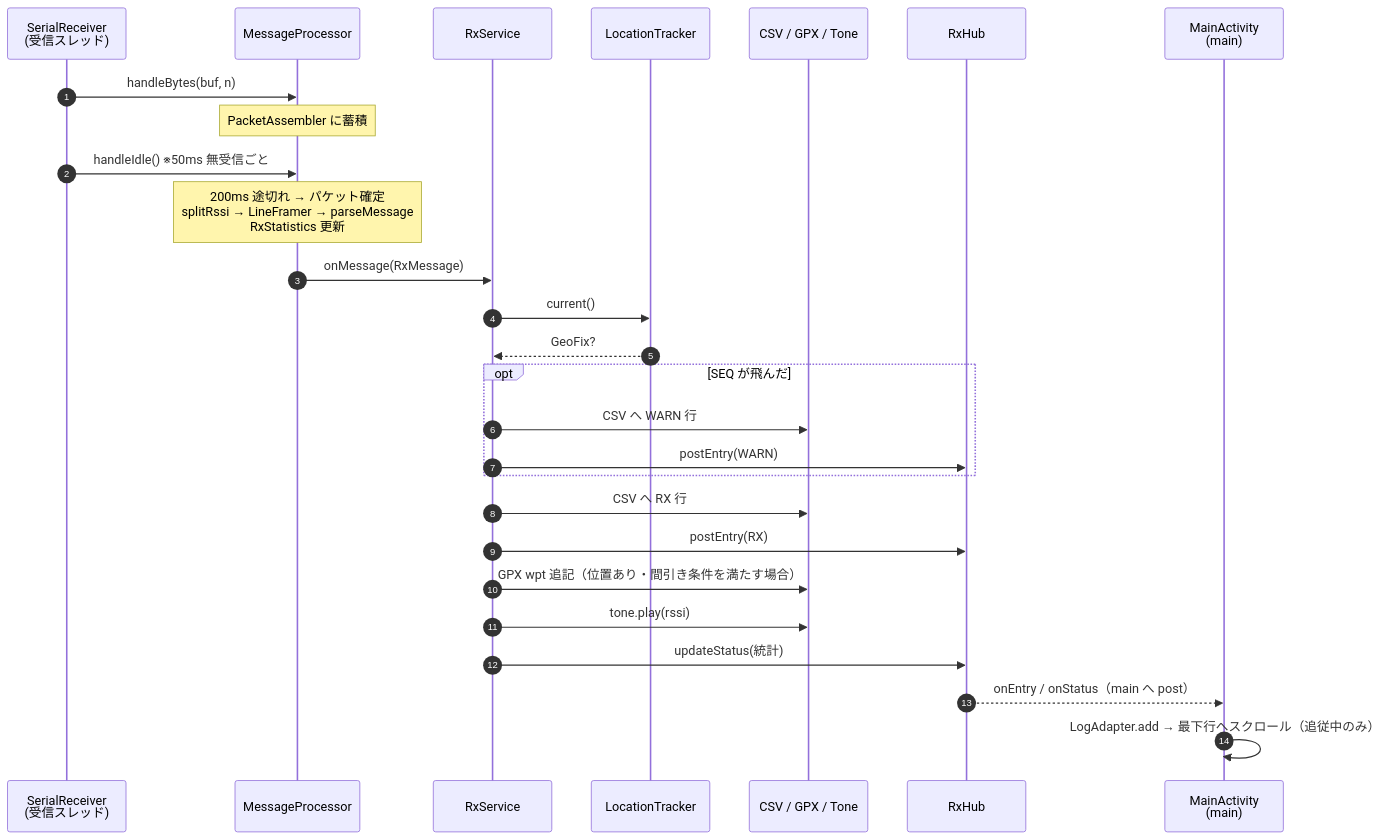
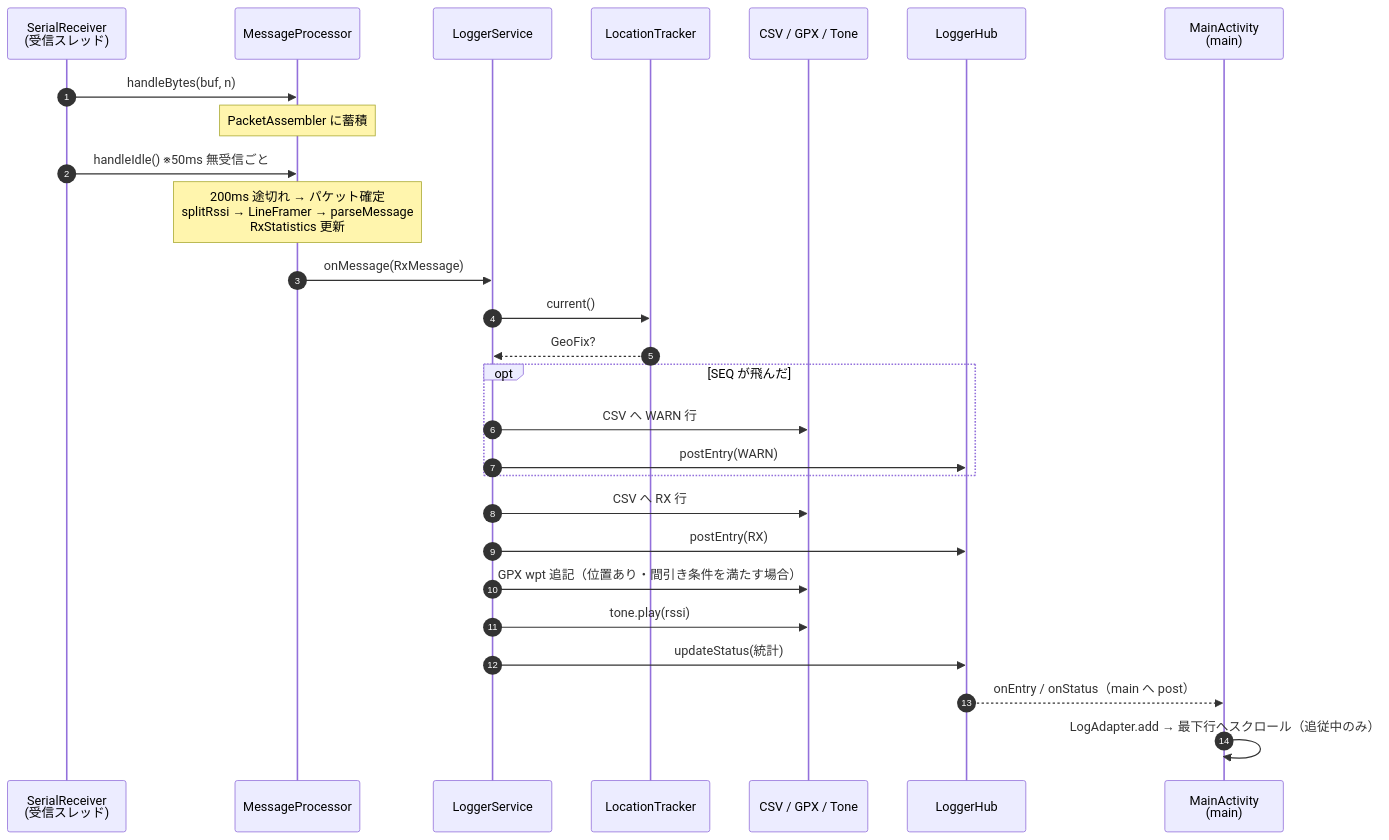
One commit to saikun/S220 changed the second of 3 diagrams in S220/docs/design.md. Above: the diagram before and after it, drawn with Mermaid. The commit also changed other lines of this file and 17 other files, not shown here.

````diff
--- a/S220/docs/design.md
+++ b/S220/docs/design.md
@@ -125,30 +125,30 @@
 ```mermaid
 sequenceDiagram
     autonumber
     participant SR as SerialReceiver<br/>(受信スレッド)
     participant MP as MessageProcessor
-    participant SV as RxService
+    participant SV as LoggerService
     participant LT as LocationTracker
     participant OUT as CSV / GPX / Tone
-    participant HUB as RxHub
+    participant HUB as LoggerHub
     participant UI as MainActivity<br/>(main)
 
     SR->>MP: handleBytes(buf, n)
     Note over MP: PacketAssembler に蓄積
     SR->>MP: handleIdle()  ※50ms 無受信ごと
     Note over MP: 200ms 途切れ → パケット確定<br/>splitRssi → LineFramer → parseMessage<br/>RxStatistics 更新
     MP->>SV: onMessage(RxMessage)
     SV->>LT: current()
     LT-->>SV: GeoFix?
     opt SEQ が飛んだ
         SV->>OUT: CSV へ WARN 行
         SV->>HUB: postEntry(WARN)
     end
     SV->>OUT: CSV へ RX 行
     SV->>HUB: postEntry(RX)
     SV->>OUT: GPX wpt 追記（位置あり・間引き条件を満たす場合）
     SV->>OUT: tone.play(rssi)
     SV->>HUB: updateStatus(統計)
     HUB-->>UI: onEntry / onStatus（main へ post）
     UI->>UI: LogAdapter.add → 最下行へスクロール（追従中のみ）
 ```
````
